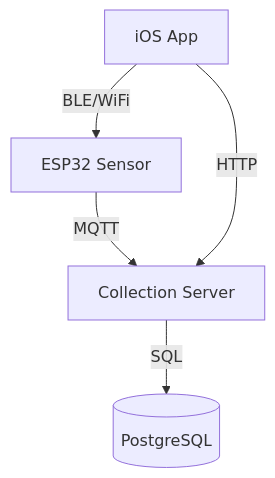
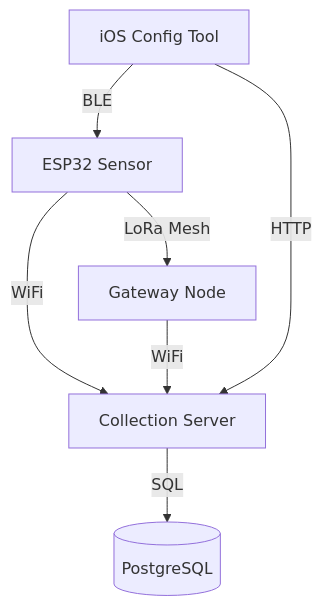
The first of 2 diagrams in README.md (codeSnapped-LLC/environmental-monitor), drawn with Mermaid before and after one commit. The commit also changed other lines of this file and 1 other file, not shown here.

Commit message:
docs: update architecture for LoRa mesh with iOS config tool

````diff
--- a/README.md
+++ b/README.md
@@ -7,7 +7,9 @@
 ```mermaid
 graph TD
-    A[ESP32 Sensor] -->|MQTT| B[Collection Server]
-    B -->|SQL| C[(PostgreSQL)]
-    D[iOS App] -->|BLE/WiFi| A
-    D -->|HTTP| B
+    A[ESP32 Sensor] -->|WiFi| B[Collection Server]
+    A -->|LoRa Mesh| C[Gateway Node]
+    C -->|WiFi| B
+    B -->|SQL| D[(PostgreSQL)]
+    E[iOS Config Tool] -->|BLE| A
+    E -->|HTTP| B
 ```
````
